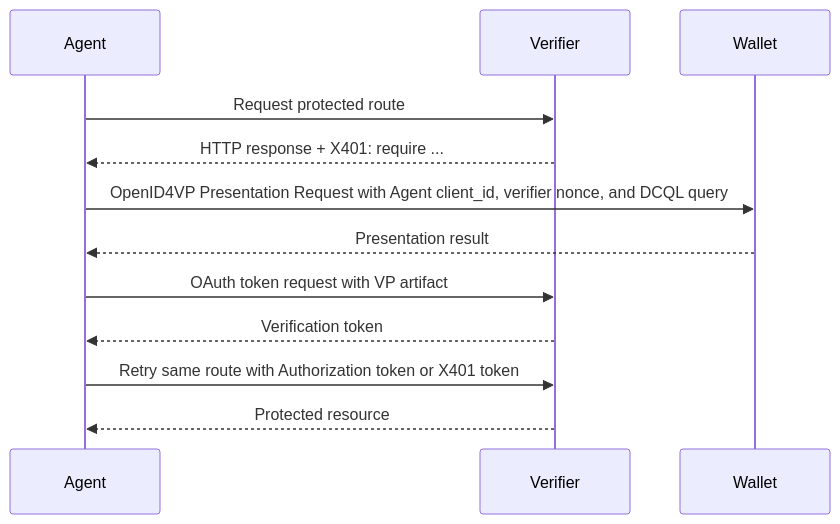
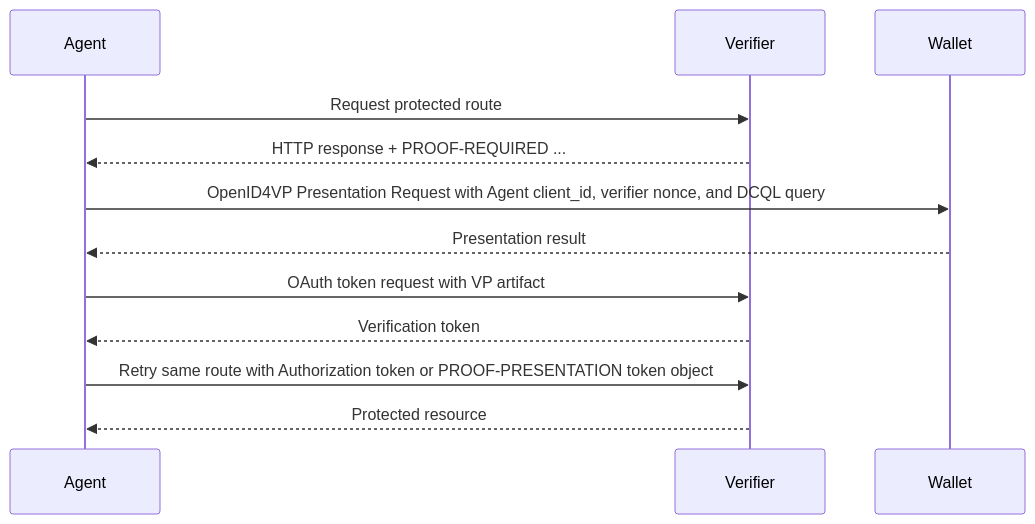
Before and after one commit to proof/x401: the second of 2 diagrams in spec.md, drawn with Mermaid. The commit also changed other lines of this file and 12 other files, not shown here.

````diff
--- a/spec.md
+++ b/spec.md
@@ -248,14 +250,14 @@
 ```mermaid
 sequenceDiagram
     participant Agent
     participant Verifier
     participant Wallet
     Agent->>Verifier: Request protected route
-    Verifier-->>Agent: HTTP response + X401: require ...
+    Verifier-->>Agent: HTTP response + PROOF-REQUIRED ...
     Agent->>Wallet: OpenID4VP Presentation Request with Agent client_id, verifier nonce, and DCQL query
     Wallet-->>Agent: Presentation result
     Agent->>Verifier: OAuth token request with VP artifact
     Verifier-->>Agent: Verification token
-    Agent->>Verifier: Retry same route with Authorization token or X401 token
+    Agent->>Verifier: Retry same route with Authorization token or PROOF-PRESENTATION token object
     Verifier-->>Agent: Protected resource
 ```
````
